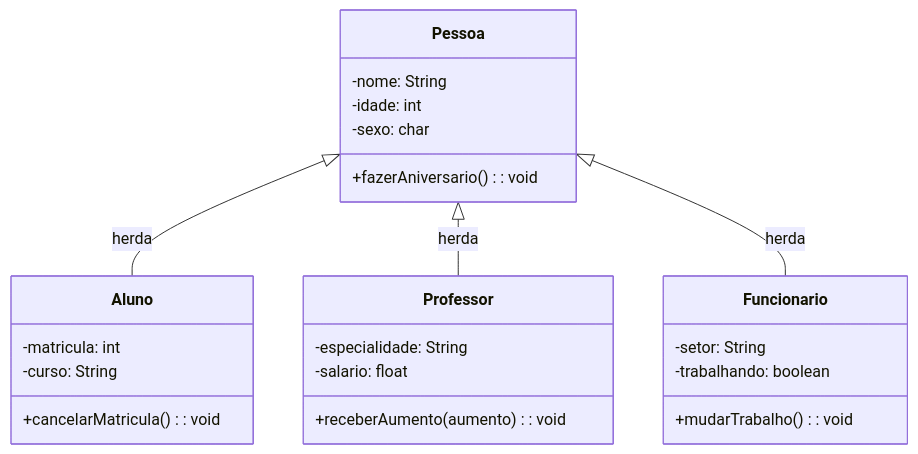
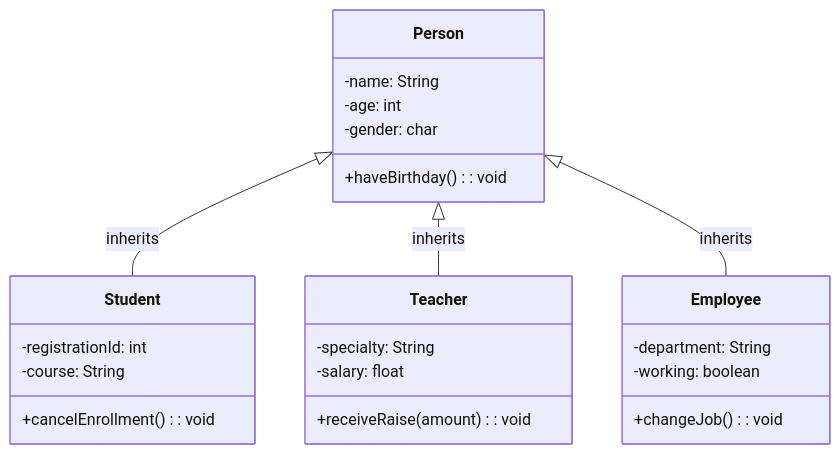
The diagram in Module - Lessons/Module 2 - Object Oriented Programming (OOP)/Lesson 8 - Inheritance/lesson-08-en.md (ThayronyVonHeld/java-backend-journey), drawn with Mermaid before and after one commit. The commit also changed other lines of this file and 1 other file, not shown here.

````diff
--- a/Module - Lessons/Module 2 - Object Oriented Programming (OOP)/Lesson 8 - Inheritance/lesson-08-en.md
+++ b/Module - Lessons/Module 2 - Object Oriented Programming (OOP)/Lesson 8 - Inheritance/lesson-08-en.md
@@ -43,31 +85,31 @@
 ```mermaid
 classDiagram
-    class Pessoa {
-        -nome: String
-        -idade: int
-        -sexo: char
-        +fazerAniversario(): void
+    class Person {
+        -name: String
+        -age: int
+        -gender: char
+        +haveBirthday(): void
     }
     
-    class Aluno {
-        -matricula: int
-        -curso: String
-        +cancelarMatricula(): void
+    class Student {
+        -registrationId: int
+        -course: String
+        +cancelEnrollment(): void
     }
     
-    class Professor {
-        -especialidade: String
-        -salario: float
-        +receberAumento(aumento): void
+    class Teacher {
+        -specialty: String
+        -salary: float
+        +receiveRaise(amount): void
     }
     
-    class Funcionario {
-        -setor: String
-        -trabalhando: boolean
-        +mudarTrabalho(): void
+    class Employee {
+        -department: String
+        -working: boolean
+        +changeJob(): void
     }
     
-    Pessoa <|-- Aluno : herda
-    Pessoa <|-- Professor : herda
-    Pessoa <|-- Funcionario : herda
+    Person <|-- Student : inherits
+    Person <|-- Teacher : inherits
+    Person <|-- Employee : inherits
 ```
````
